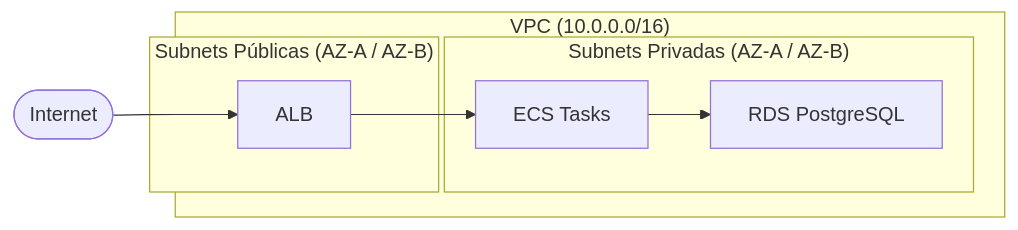
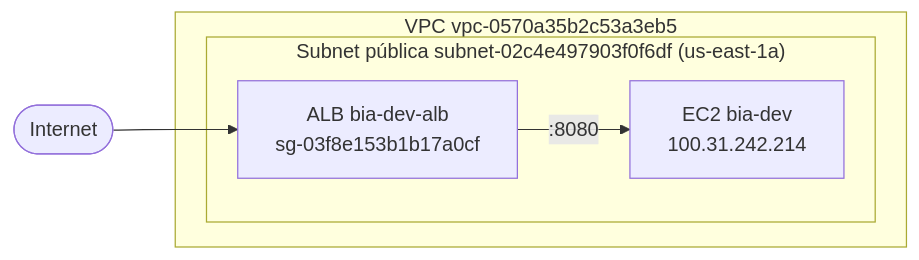
Before and after one commit to poccodedf/bia: the second of 5 diagrams in docs/arquitetura-servico.md, drawn with Mermaid. The commit also changed other lines of this file and 12 other files, not shown here.

Commit message:
feat: update environment configuration and deployment scripts for bia-dev

````diff
--- a/docs/arquitetura-servico.md
+++ b/docs/arquitetura-servico.md
@@ -64,19 +57,14 @@
 ```mermaid
 flowchart LR
     Internet(["Internet"])
 
-    subgraph VPC["VPC (10.0.0.0/16)"]
-        subgraph PubSub["Subnets Públicas (AZ-A / AZ-B)"]
-            ALB["ALB"]
-        end
-
-        subgraph PrivSub["Subnets Privadas (AZ-A / AZ-B)"]
-            ECS["ECS Tasks"]
-            RDS["RDS PostgreSQL"]
+    subgraph VPC["VPC vpc-0570a35b2c53a3eb5"]
+        subgraph PubSub["Subnet pública subnet-02c4e497903f0f6df (us-east-1a)"]
+            ALB["ALB bia-dev-alb\nsg-03f8e153b1b17a0cf"]
+            EC2["EC2 bia-dev\n100.31.242.214"]
         end
     end
 
     Internet --> ALB
-    ALB --> ECS
-    ECS --> RDS
+    ALB -->|":8080"| EC2
 ```
````
